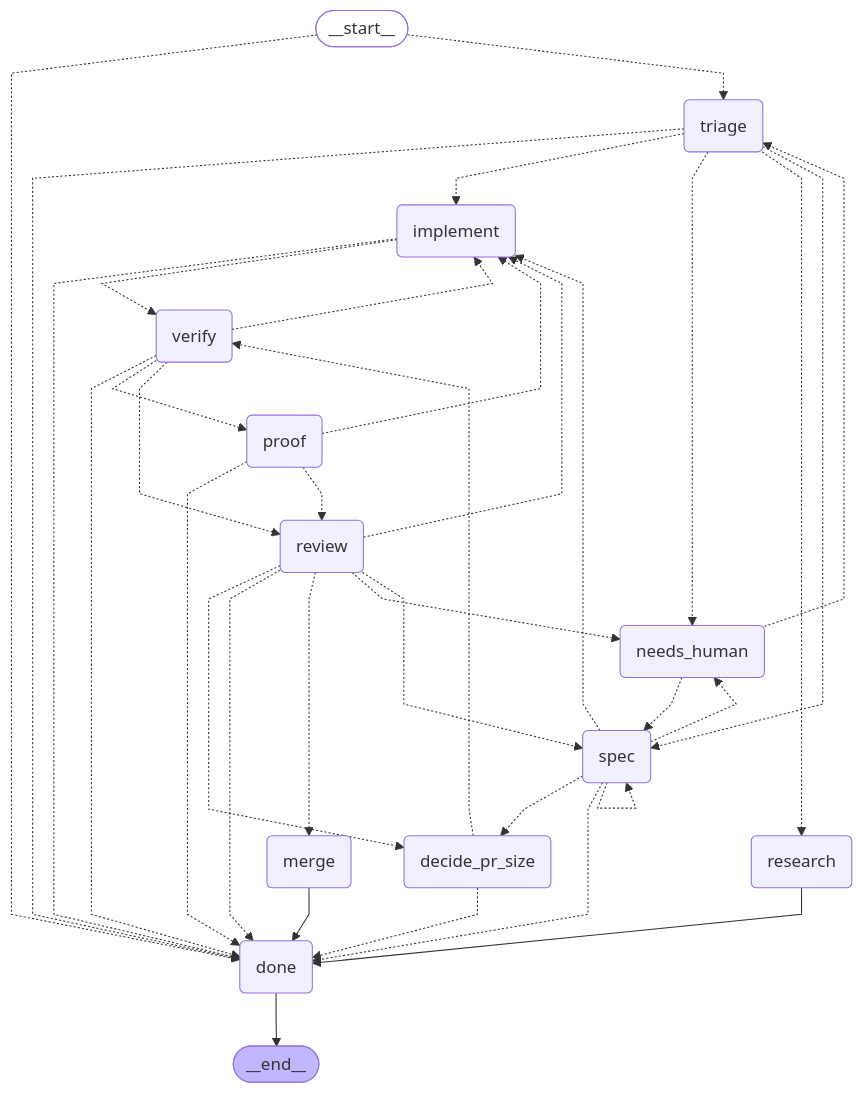
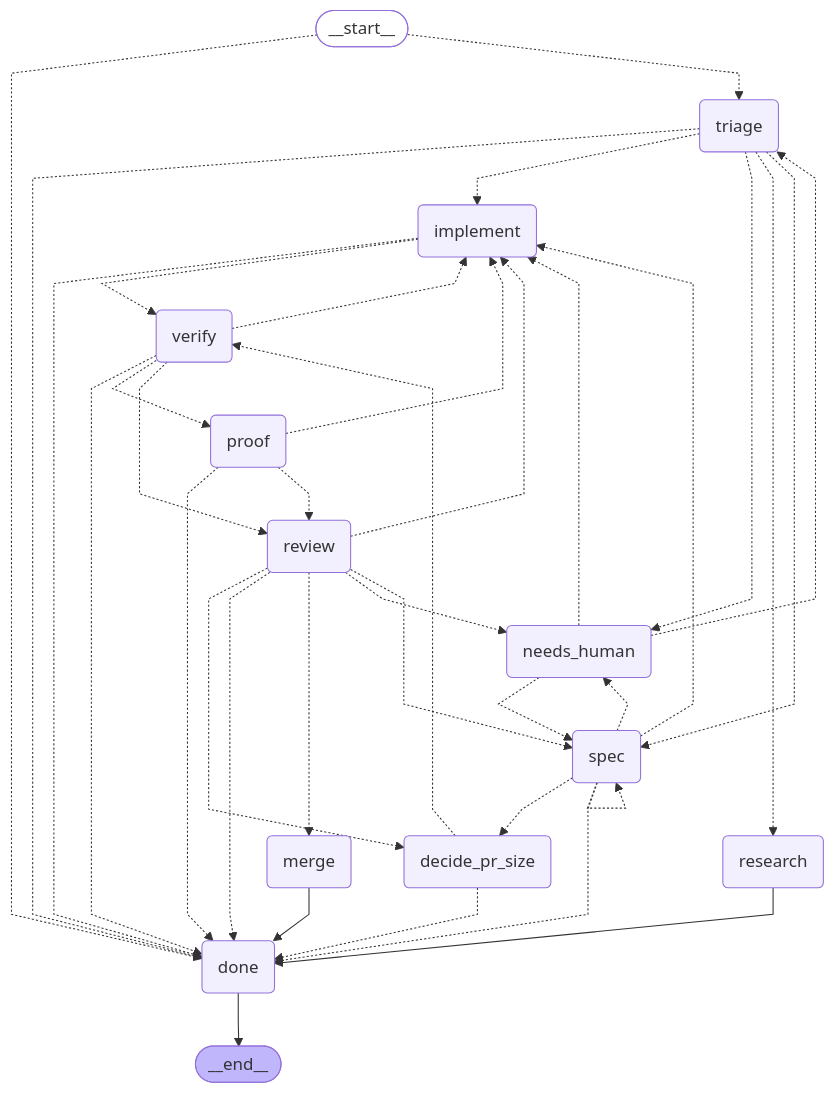
The diagram in README.md (bookout-labs/tools), drawn with Mermaid before and after one commit. The commit also changed 12 other files, not shown here.

````diff
--- a/README.md
+++ b/README.md
@@ -9,59 +9,60 @@
 ```mermaid
 ---
 config:
   flowchart:
     curve: linear
 ---
 graph TD;
 	__start__([<p>__start__</p>]):::first
 	triage(triage)
 	research(research)
 	spec(spec)
 	implement(implement)
 	verify(verify)
 	review(review)
 	proof(proof)
 	needs_human(needs_human)
 	decide_pr_size(decide_pr_size)
 	merge(merge)
 	done(done)
 	__end__([<p>__end__</p>]):::last
 	__start__ -.-> done;
 	__start__ -.-> triage;
 	decide_pr_size -.-> done;
 	decide_pr_size -.-> verify;
 	implement -.-> done;
 	implement -.-> verify;
 	merge --> done;
+	needs_human -.-> implement;
 	needs_human -.-> spec;
 	needs_human -.-> triage;
 	proof -.-> done;
 	proof -.-> implement;
 	proof -.-> review;
 	research --> done;
 	review -.-> decide_pr_size;
 	review -.-> done;
 	review -.-> implement;
 	review -.-> merge;
 	review -.-> needs_human;
 	review -.-> spec;
 	spec -.-> decide_pr_size;
 	spec -.-> done;
 	spec -.-> implement;
 	spec -.-> needs_human;
 	triage -.-> done;
 	triage -.-> implement;
 	triage -.-> needs_human;
 	triage -.-> research;
 	triage -.-> spec;
 	verify -.-> done;
 	verify -.-> implement;
 	verify -.-> proof;
 	verify -.-> review;
 	done --> __end__;
 	spec -.-> spec;
 	classDef default fill:#f2f0ff,line-height:1.2
 	classDef first fill-opacity:0
 	classDef last fill:#bfb6fc
 
 ```
````
